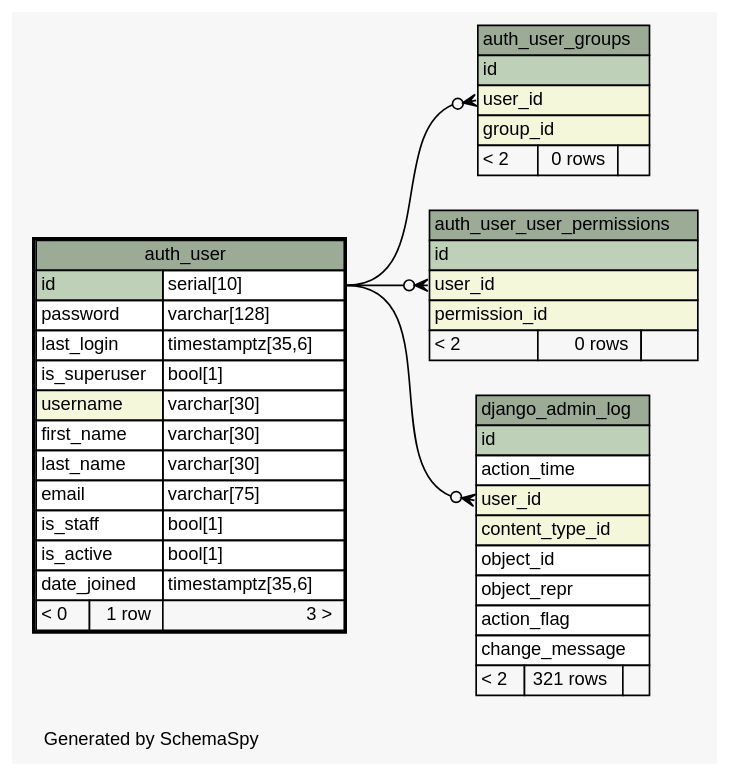
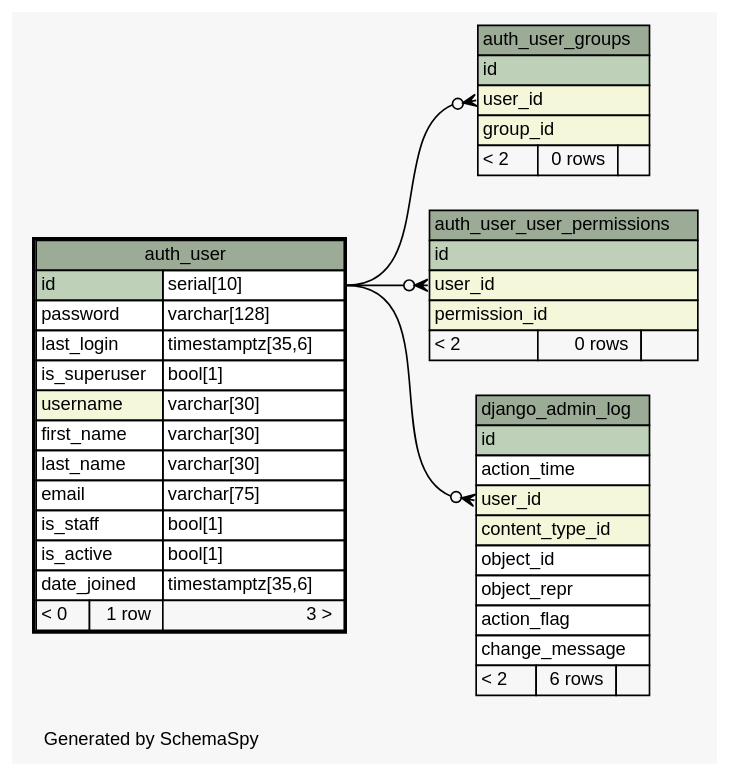
The diagram in database/schema/diagrams/auth_user.1degree.dot (jingyayeah/multiscale-galactose), drawn with Graphviz before and after one commit. The commit also changed 101 other files, not shown here.

Commit message:
Database schema updated

```diff
--- a/database/schema/diagrams/auth_user.1degree.dot
+++ b/database/schema/diagrams/auth_user.1degree.dot
@@ -1,86 +1,86 @@
 // dot 2.26.3 on Linux 3.11.0-12-generic
 // SchemaSpy rev 590
 digraph "oneDegreeRelationshipsDiagram" {
   graph [
     rankdir="RL"
     bgcolor="#f7f7f7"
     label="\nGenerated by SchemaSpy"
     labeljust="l"
     nodesep="0.18"
     ranksep="0.46"
     fontname="Helvetica"
     fontsize="11"
   ];
   node [
     fontname="Helvetica"
     fontsize="11"
     shape="plaintext"
   ];
   edge [
     arrowsize="0.8"
   ];
   "auth_user_groups":"user_id":w -> "auth_user":"id.type":e [arrowhead=none dir=back arrowtail=crowodot];
   "auth_user_user_permissions":"user_id":w -> "auth_user":"id.type":e [arrowhead=none dir=back arrowtail=crowodot];
   "django_admin_log":"user_id":w -> "auth_user":"id.type":e [arrowhead=none dir=back arrowtail=crowodot];
   "auth_user" [
     label=<
     <TABLE BORDER="2" CELLBORDER="1" CELLSPACING="0" BGCOLOR="#ffffff">
       <TR><TD COLSPAN="3" BGCOLOR="#9bab96" ALIGN="CENTER">auth_user</TD></TR>
       <TR><TD PORT="id" COLSPAN="2" BGCOLOR="#bed1b8" ALIGN="LEFT">id</TD><TD PORT="id.type" ALIGN="LEFT">serial[10]</TD></TR>
       <TR><TD PORT="password" COLSPAN="2" ALIGN="LEFT">password</TD><TD PORT="password.type" ALIGN="LEFT">varchar[128]</TD></TR>
       <TR><TD PORT="last_login" COLSPAN="2" ALIGN="LEFT">last_login</TD><TD PORT="last_login.type" ALIGN="LEFT">timestamptz[35,6]</TD></TR>
       <TR><TD PORT="is_superuser" COLSPAN="2" ALIGN="LEFT">is_superuser</TD><TD PORT="is_superuser.type" ALIGN="LEFT">bool[1]</TD></TR>
       <TR><TD PORT="username" COLSPAN="2" BGCOLOR="#f4f7da" ALIGN="LEFT">username</TD><TD PORT="username.type" ALIGN="LEFT">varchar[30]</TD></TR>
       <TR><TD PORT="first_name" COLSPAN="2" ALIGN="LEFT">first_name</TD><TD PORT="first_name.type" ALIGN="LEFT">varchar[30]</TD></TR>
       <TR><TD PORT="last_name" COLSPAN="2" ALIGN="LEFT">last_name</TD><TD PORT="last_name.type" ALIGN="LEFT">varchar[30]</TD></TR>
       <TR><TD PORT="email" COLSPAN="2" ALIGN="LEFT">email</TD><TD PORT="email.type" ALIGN="LEFT">varchar[75]</TD></TR>
       <TR><TD PORT="is_staff" COLSPAN="2" ALIGN="LEFT">is_staff</TD><TD PORT="is_staff.type" ALIGN="LEFT">bool[1]</TD></TR>
       <TR><TD PORT="is_active" COLSPAN="2" ALIGN="LEFT">is_active</TD><TD PORT="is_active.type" ALIGN="LEFT">bool[1]</TD></TR>
       <TR><TD PORT="date_joined" COLSPAN="2" ALIGN="LEFT">date_joined</TD><TD PORT="date_joined.type" ALIGN="LEFT">timestamptz[35,6]</TD></TR>
       <TR><TD ALIGN="LEFT" BGCOLOR="#f7f7f7">&lt; 0</TD><TD ALIGN="RIGHT" BGCOLOR="#f7f7f7">1 row</TD><TD ALIGN="RIGHT" BGCOLOR="#f7f7f7">3 &gt;</TD></TR>
     </TABLE>>
     URL="auth_user.html"
     tooltip="auth_user"
   ];
   "auth_user_groups" [
     label=<
     <TABLE BORDER="0" CELLBORDER="1" CELLSPACING="0" BGCOLOR="#ffffff">
       <TR><TD COLSPAN="3" BGCOLOR="#9bab96" ALIGN="CENTER">auth_user_groups</TD></TR>
       <TR><TD PORT="id" COLSPAN="3" BGCOLOR="#bed1b8" ALIGN="LEFT">id</TD></TR>
       <TR><TD PORT="user_id" COLSPAN="3" BGCOLOR="#f4f7da" ALIGN="LEFT">user_id</TD></TR>
       <TR><TD PORT="group_id" COLSPAN="3" BGCOLOR="#f4f7da" ALIGN="LEFT">group_id</TD></TR>
       <TR><TD ALIGN="LEFT" BGCOLOR="#f7f7f7">&lt; 2</TD><TD ALIGN="RIGHT" BGCOLOR="#f7f7f7">0 rows</TD><TD ALIGN="RIGHT" BGCOLOR="#f7f7f7">  </TD></TR>
     </TABLE>>
     URL="auth_user_groups.html"
     tooltip="auth_user_groups"
   ];
   "auth_user_user_permissions" [
     label=<
     <TABLE BORDER="0" CELLBORDER="1" CELLSPACING="0" BGCOLOR="#ffffff">
       <TR><TD COLSPAN="3" BGCOLOR="#9bab96" ALIGN="CENTER">auth_user_user_permissions</TD></TR>
       <TR><TD PORT="id" COLSPAN="3" BGCOLOR="#bed1b8" ALIGN="LEFT">id</TD></TR>
       <TR><TD PORT="user_id" COLSPAN="3" BGCOLOR="#f4f7da" ALIGN="LEFT">user_id</TD></TR>
       <TR><TD PORT="permission_id" COLSPAN="3" BGCOLOR="#f4f7da" ALIGN="LEFT">permission_id</TD></TR>
       <TR><TD ALIGN="LEFT" BGCOLOR="#f7f7f7">&lt; 2</TD><TD ALIGN="RIGHT" BGCOLOR="#f7f7f7">0 rows</TD><TD ALIGN="RIGHT" BGCOLOR="#f7f7f7">  </TD></TR>
     </TABLE>>
     URL="auth_user_user_permissions.html"
     tooltip="auth_user_user_permissions"
   ];
   "django_admin_log" [
     label=<
     <TABLE BORDER="0" CELLBORDER="1" CELLSPACING="0" BGCOLOR="#ffffff">
       <TR><TD COLSPAN="3" BGCOLOR="#9bab96" ALIGN="CENTER">django_admin_log</TD></TR>
       <TR><TD PORT="id" COLSPAN="3" BGCOLOR="#bed1b8" ALIGN="LEFT">id</TD></TR>
       <TR><TD PORT="action_time" COLSPAN="3" ALIGN="LEFT">action_time</TD></TR>
       <TR><TD PORT="user_id" COLSPAN="3" BGCOLOR="#f4f7da" ALIGN="LEFT">user_id</TD></TR>
       <TR><TD PORT="content_type_id" COLSPAN="3" BGCOLOR="#f4f7da" ALIGN="LEFT">content_type_id</TD></TR>
       <TR><TD PORT="object_id" COLSPAN="3" ALIGN="LEFT">object_id</TD></TR>
       <TR><TD PORT="object_repr" COLSPAN="3" ALIGN="LEFT">object_repr</TD></TR>
       <TR><TD PORT="action_flag" COLSPAN="3" ALIGN="LEFT">action_flag</TD></TR>
       <TR><TD PORT="change_message" COLSPAN="3" ALIGN="LEFT">change_message</TD></TR>
-      <TR><TD ALIGN="LEFT" BGCOLOR="#f7f7f7">&lt; 2</TD><TD ALIGN="RIGHT" BGCOLOR="#f7f7f7">321 rows</TD><TD ALIGN="RIGHT" BGCOLOR="#f7f7f7">  </TD></TR>
+      <TR><TD ALIGN="LEFT" BGCOLOR="#f7f7f7">&lt; 2</TD><TD ALIGN="RIGHT" BGCOLOR="#f7f7f7">6 rows</TD><TD ALIGN="RIGHT" BGCOLOR="#f7f7f7">  </TD></TR>
     </TABLE>>
     URL="django_admin_log.html"
     tooltip="django_admin_log"
   ];
 }
```
